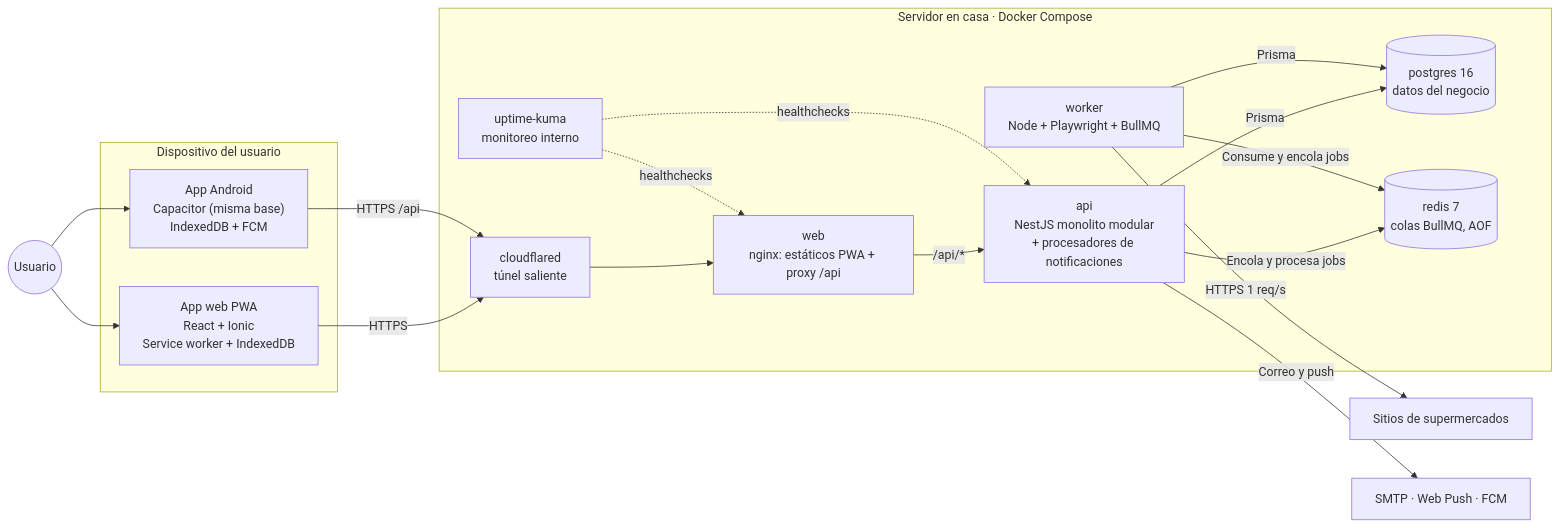
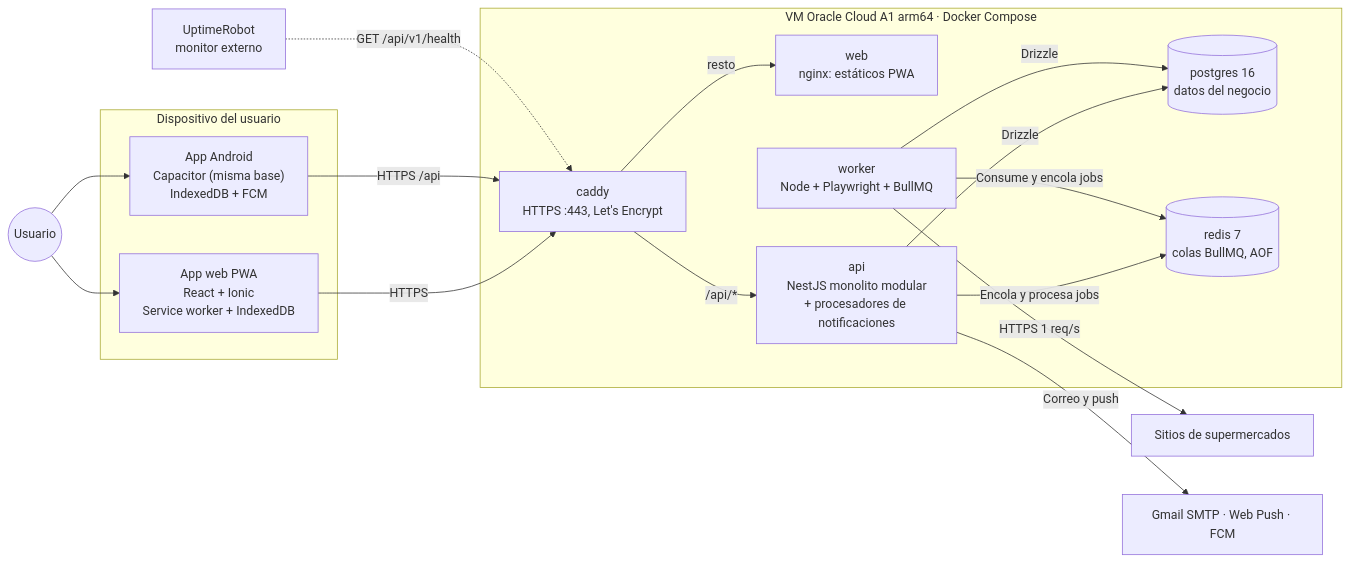
The second of 5 diagrams in docs/02-diseno/arquitectura.md (devrenerosales/App_Comidas), drawn with Mermaid before and after one commit. The commit also changed other lines of this file and 27 other files, not shown here.

First line of the commit message:
docs(despliegue): producción en Oracle Cloud ARM con Caddy, DuckDNS y Gmail SMTP

````diff
--- a/docs/02-diseno/arquitectura.md
+++ b/docs/02-diseno/arquitectura.md
@@ -63,37 +63,36 @@
 ```mermaid
 flowchart LR
   U(("Usuario"))
 
   subgraph DISP["Dispositivo del usuario"]
     PWA["App web PWA<br>React + Ionic<br>Service worker + IndexedDB"]
     AND["App Android<br>Capacitor (misma base)<br>IndexedDB + FCM"]
   end
 
-  subgraph CASA["Servidor en casa · Docker Compose"]
-    CFD["cloudflared<br>túnel saliente"]
-    WEB["web<br>nginx: estáticos PWA + proxy /api"]
+  subgraph VM["VM Oracle Cloud A1 arm64 · Docker Compose"]
+    CAD["caddy<br>HTTPS :443, Let's Encrypt"]
+    WEB["web<br>nginx: estáticos PWA"]
     API["api<br>NestJS monolito modular<br>+ procesadores de notificaciones"]
     WRK["worker<br>Node + Playwright + BullMQ"]
     PG[("postgres 16<br>datos del negocio")]
     RD[("redis 7<br>colas BullMQ, AOF")]
-    KUMA["uptime-kuma<br>monitoreo interno"]
   end
 
   SUP["Sitios de supermercados"]
-  SVC["SMTP · Web Push · FCM"]
+  SVC["Gmail SMTP · Web Push · FCM"]
+  UR["UptimeRobot<br>monitor externo"]
 
   U --> PWA
   U --> AND
-  PWA -- "HTTPS" --> CFD
-  AND -- "HTTPS /api" --> CFD
-  CFD --> WEB
-  WEB -- "/api/*" --> API
-  API -- "Prisma" --> PG
+  PWA -- "HTTPS" --> CAD
+  AND -- "HTTPS /api" --> CAD
+  CAD -- "resto" --> WEB
+  CAD -- "/api/*" --> API
+  API -- "Drizzle" --> PG
   API -- "Encola y procesa jobs" --> RD
   WRK -- "Consume y encola jobs" --> RD
-  WRK -- "Prisma" --> PG
+  WRK -- "Drizzle" --> PG
   WRK -- "HTTPS 1 req/s" --> SUP
   API -- "Correo y push" --> SVC
-  KUMA -. "healthchecks" .-> WEB
-  KUMA -. "healthchecks" .-> API
+  UR -. "GET /api/v1/health" .-> CAD
 ```
````
